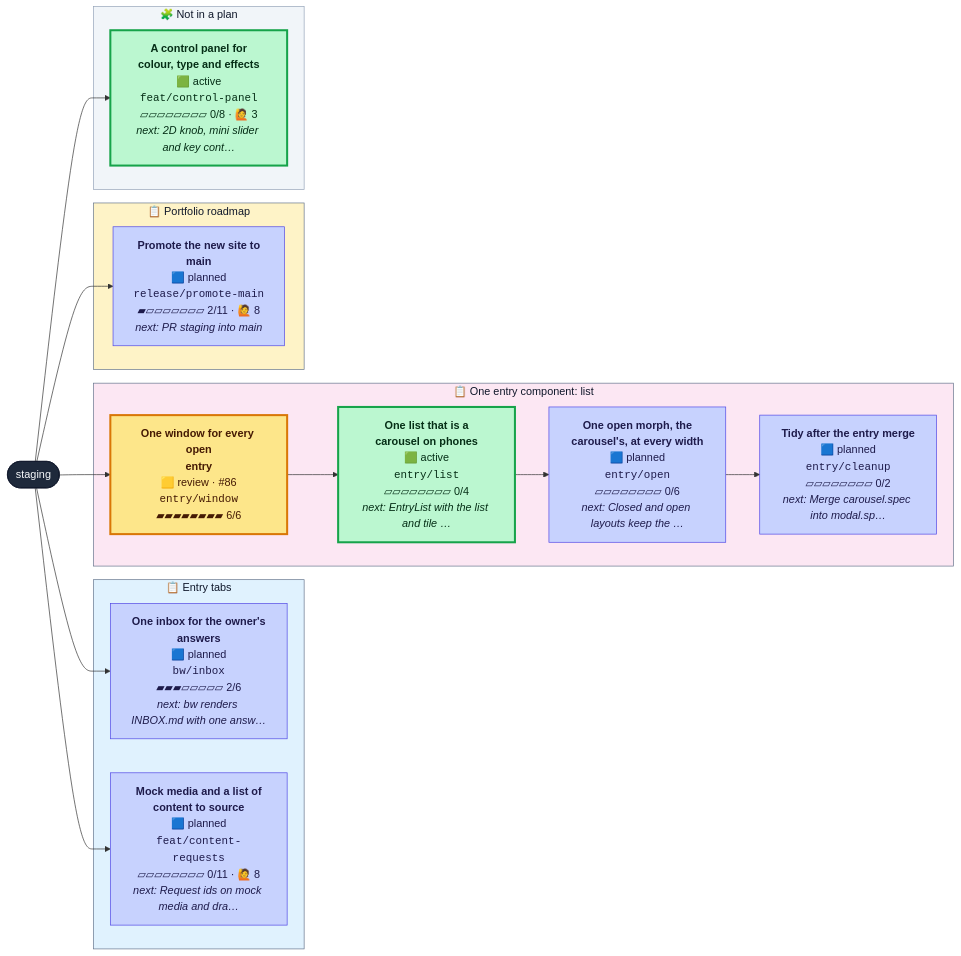
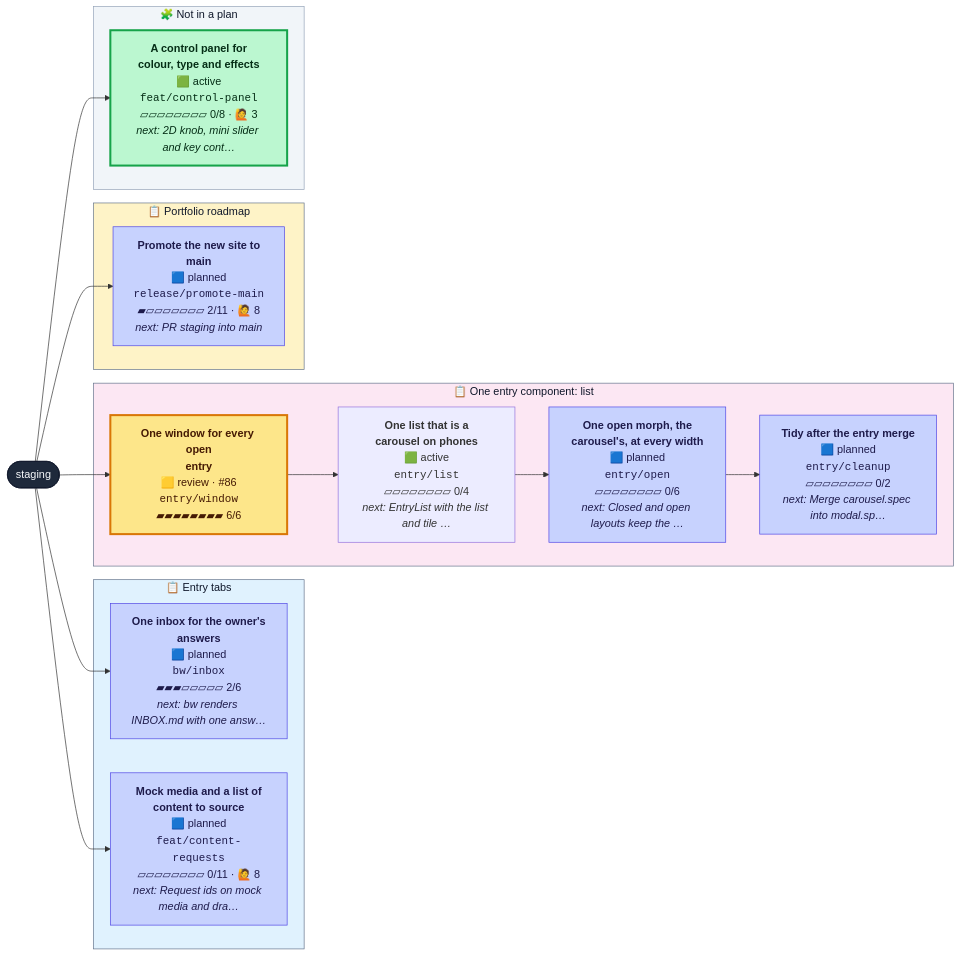
Before and after one commit to henryjonescodes/portfolio: the diagram in CONTRIBUTING.md, drawn with Mermaid. The commit also changed other lines of this file, not shown here.

````diff
--- a/CONTRIBUTING.md
+++ b/CONTRIBUTING.md
@@ -16,47 +16,47 @@
 ```mermaid
 flowchart LR
   n_staging([staging])
   class n_staging trunk
   subgraph plan_0["📋 Entry tabs"]
     n_bw_inbox["<b>One inbox for the owner's<br/>answers</b><br/>🟦 planned<br/><code>bw/inbox</code><br/>▰▰▰▱▱▱▱▱ 2/6<br/><i>next: bw renders INBOX.md with one answ…</i>"]
     class n_bw_inbox planned
     n_feat_content_requests["<b>Mock media and a list of<br/>content to source</b><br/>🟦 planned<br/><code>feat/content-requests</code><br/>▱▱▱▱▱▱▱▱ 0/11 · 🙋 8<br/><i>next: Request ids on mock media and dra…</i>"]
     class n_feat_content_requests planned
   end
   style plan_0 fill:#e0f2fe,stroke:#64748b,color:#0f172a
   subgraph plan_1["📋 One entry component: list"]
     n_entry_cleanup["<b>Tidy after the entry merge</b><br/>🟦 planned<br/><code>entry/cleanup</code><br/>▱▱▱▱▱▱▱▱ 0/2<br/><i>next: Merge carousel.spec into modal.sp…</i>"]
     class n_entry_cleanup planned
     n_entry_list["<b>One list that is a<br/>carousel on phones</b><br/>🟩 active<br/><code>entry/list</code><br/>▱▱▱▱▱▱▱▱ 0/4<br/><i>next: EntryList with the list and tile …</i>"]
-    class n_entry_list active
+    class n_entry_list active,current
     n_entry_open["<b>One open morph, the<br/>carousel's, at every width</b><br/>🟦 planned<br/><code>entry/open</code><br/>▱▱▱▱▱▱▱▱ 0/6<br/><i>next: Closed and open layouts keep the …</i>"]
     class n_entry_open planned
     n_entry_window["<b>One window for every open<br/>entry</b><br/>🟨 review · #86<br/><code>entry/window</code><br/>▰▰▰▰▰▰▰▰ 6/6"]
     class n_entry_window review
   end
   style plan_1 fill:#fce7f3,stroke:#64748b,color:#0f172a
   subgraph plan_3["📋 Portfolio roadmap"]
     n_release_promote_main["<b>Promote the new site to<br/>main</b><br/>🟦 planned<br/><code>release/promote-main</code><br/>▰▱▱▱▱▱▱▱ 2/11 · 🙋 8<br/><i>next: PR staging into main</i>"]
     class n_release_promote_main planned
   end
   style plan_3 fill:#fef3c7,stroke:#64748b,color:#0f172a
   subgraph loose["🧩 Not in a plan"]
     n_feat_control_panel["<b>A control panel for<br/>colour, type and effects</b><br/>🟩 active<br/><code>feat/control-panel</code><br/>▱▱▱▱▱▱▱▱ 0/8 · 🙋 3<br/><i>next: 2D knob, mini slider and key cont…</i>"]
     class n_feat_control_panel active
   end
   style loose fill:#f1f5f9,stroke:#94a3b8,color:#0f172a
   n_staging --> n_bw_inbox
   n_entry_open --> n_entry_cleanup
   n_entry_window --> n_entry_list
   n_entry_list --> n_entry_open
   n_staging --> n_entry_window
   n_staging --> n_feat_content_requests
   n_staging --> n_feat_control_panel
   n_staging --> n_release_promote_main
   classDef planned fill:#c7d2fe,stroke:#4f46e5,color:#1e1b4b
   classDef active fill:#bbf7d0,stroke:#16a34a,stroke-width:3px,color:#052e16
   classDef review fill:#fde68a,stroke:#d97706,stroke-width:3px,color:#451a03
   classDef blocked fill:#fecaca,stroke:#dc2626,stroke-width:3px,color:#450a0a
   classDef trunk fill:#1e293b,stroke:#0f172a,color:#f8fafc
   classDef current stroke:#0ea5e9,stroke-width:5px
 ```
````
